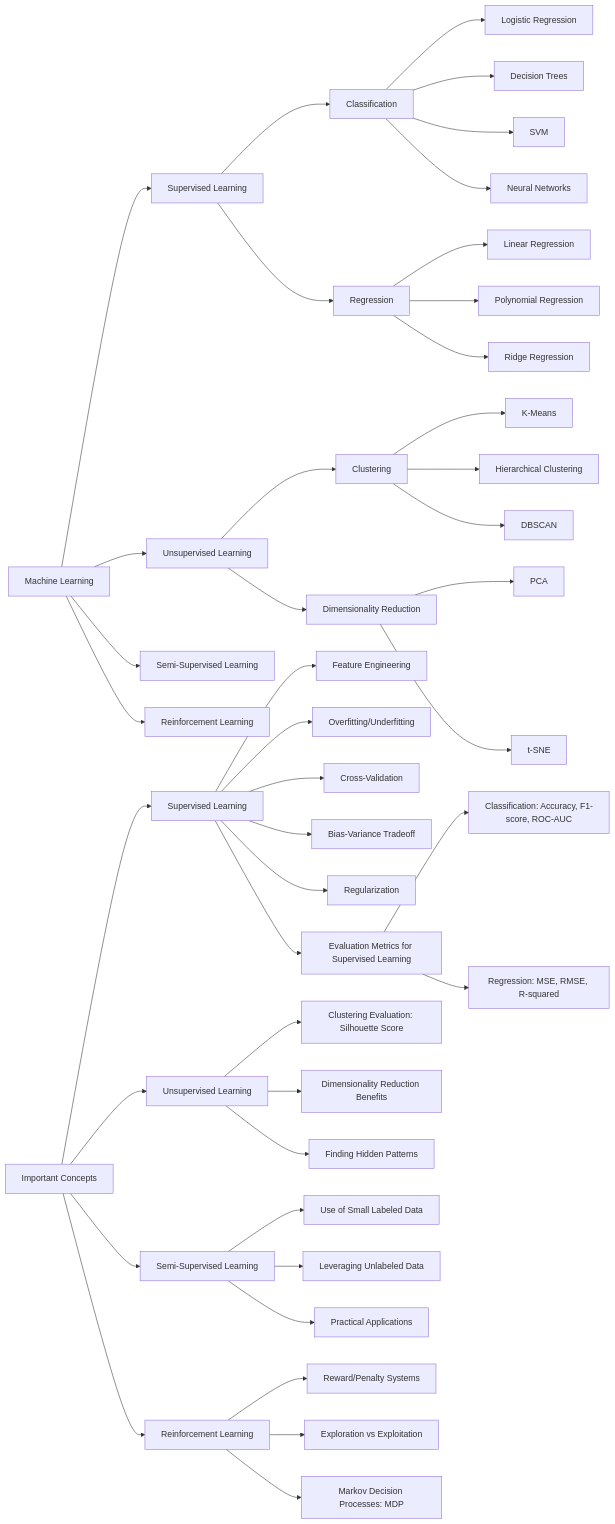
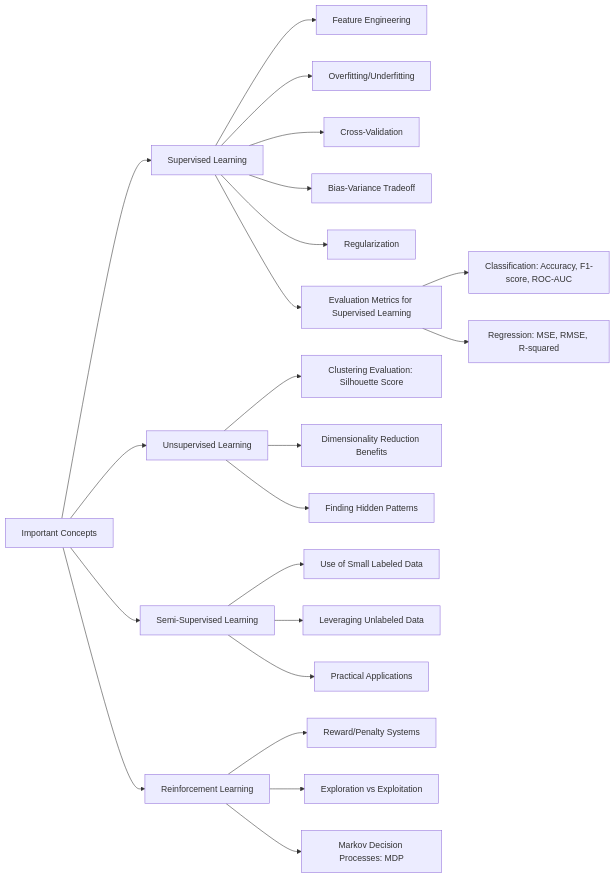
The second of 2 diagrams in docs/certifications/machine-learning-concepts.md (matthewww/cloud-lab-chronicles), drawn with Mermaid before and after one commit. The commit also changed other lines of this file, not shown here.

````diff
--- a/docs/certifications/machine-learning-concepts.md
+++ b/docs/certifications/machine-learning-concepts.md
@@ -1,63 +74,30 @@
 ```mermaid
 graph LR;
-    A[Machine Learning] --> B[Supervised Learning]
-    A --> C[Unsupervised Learning]
-    A --> D[Semi-Supervised Learning]
-    A --> E[Reinforcement Learning]
-    
-    %% Supervised Learning
-    B --> B1[Classification]
-    B --> B2[Regression]
-    
-    %% Unsupervised Learning
-    C --> C1[Clustering]
-    C --> C2[Dimensionality Reduction]
-    
-    %% Classification Algorithms
-    B1 --> B1A[Logistic Regression]
-    B1 --> B1B[Decision Trees]
-    B1 --> B1C[SVM]
-    B1 --> B1D[Neural Networks]
-    
-    %% Regression Algorithms
-    B2 --> B2A[Linear Regression]
-    B2 --> B2B[Polynomial Regression]
-    B2 --> B2C[Ridge Regression]
-    
-    %% Clustering Algorithms
-    C1 --> C1A[K-Means]
-    C1 --> C1B[Hierarchical Clustering]
-    C1 --> C1C[DBSCAN]
-    
-    %% Dimensionality Reduction Techniques
-    C2 --> C2A[PCA]
-    C2 --> C2B[t-SNE]
-
     F[Important Concepts] --> F1[Supervised Learning]
     F1 --> F1A[Feature Engineering]
     F1 --> F1B[Overfitting/Underfitting]
     F1 --> F1C[Cross-Validation]
     F1 --> F1D[Bias-Variance Tradeoff]
     F1 --> F1E[Regularization]
 
     F --> F2[Unsupervised Learning]
     F2 --> F2A[Clustering Evaluation: Silhouette Score]
     F2 --> F2B[Dimensionality Reduction Benefits]
     F2 --> F2C[Finding Hidden Patterns]
     
     F --> F3[Semi-Supervised Learning]
     F3 --> F3A[Use of Small Labeled Data]
     F3 --> F3B[Leveraging Unlabeled Data]
     F3 --> F3C[Practical Applications]
 
     F --> F4[Reinforcement Learning]
     F4 --> F4A[Reward/Penalty Systems]
     F4 --> F4B[Exploration vs Exploitation]
     F4 --> F4C[Markov Decision Processes: MDP]
 
     %% Evaluation Metrics as a sub-branch of Supervised Learning
     F1 --> G[Evaluation Metrics for Supervised Learning]
     G --> G1[Classification: Accuracy, F1-score, ROC-AUC]
     G --> G2[Regression: MSE, RMSE, R-squared]
 
 ```
````
